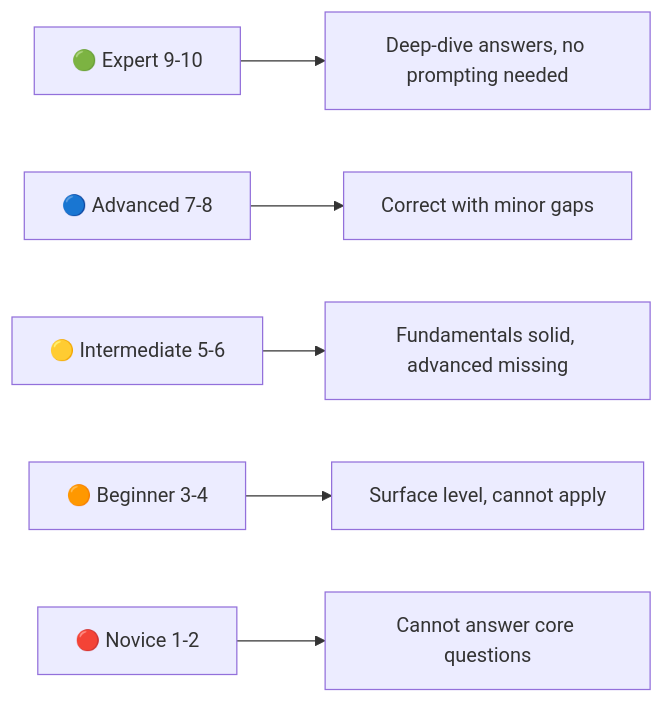
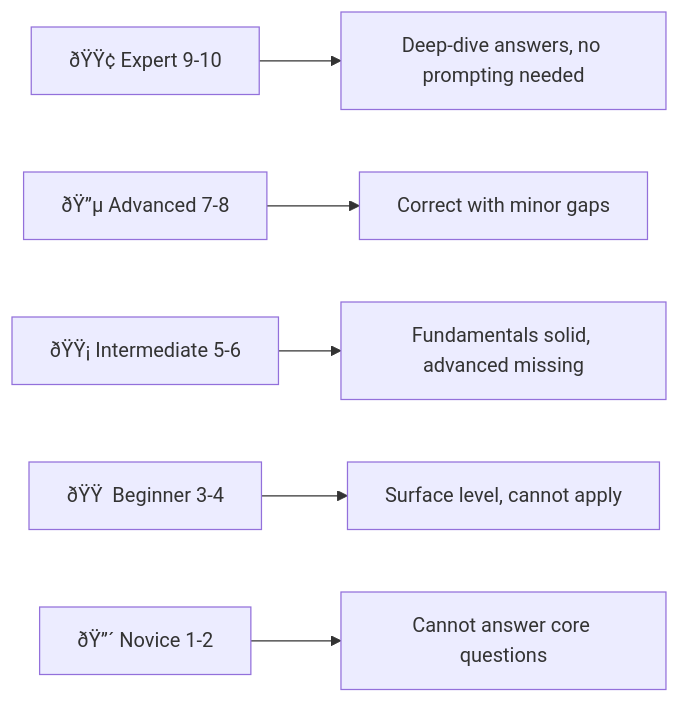
Before and after one commit to Saineelareddy/Catalyst_deccan_ai_snr: the fourth of 4 diagrams in README.md, drawn with Mermaid. The commit also changed other lines of this file and 7 other files, not shown here.

````diff
--- a/README.md
+++ b/README.md
@@ -258,8 +244,8 @@
 ```mermaid
 graph LR
-    A[🟢 Expert 9-10] --> B[Deep-dive answers, no prompting needed]
-    C[🔵 Advanced 7-8] --> D[Correct with minor gaps]
-    E[🟡 Intermediate 5-6] --> F[Fundamentals solid, advanced missing]
-    G[🟠 Beginner 3-4] --> H[Surface level, cannot apply]
-    I[🔴 Novice 1-2] --> J[Cannot answer core questions]
+    A[ðŸŸ¢ Expert 9-10] --> B[Deep-dive answers, no prompting needed]
+    C[ðŸ”µ Advanced 7-8] --> D[Correct with minor gaps]
+    E[ðŸŸ¡ Intermediate 5-6] --> F[Fundamentals solid, advanced missing]
+    G[ðŸŸ  Beginner 3-4] --> H[Surface level, cannot apply]
+    I[ðŸ”´ Novice 1-2] --> J[Cannot answer core questions]
 ```
````
